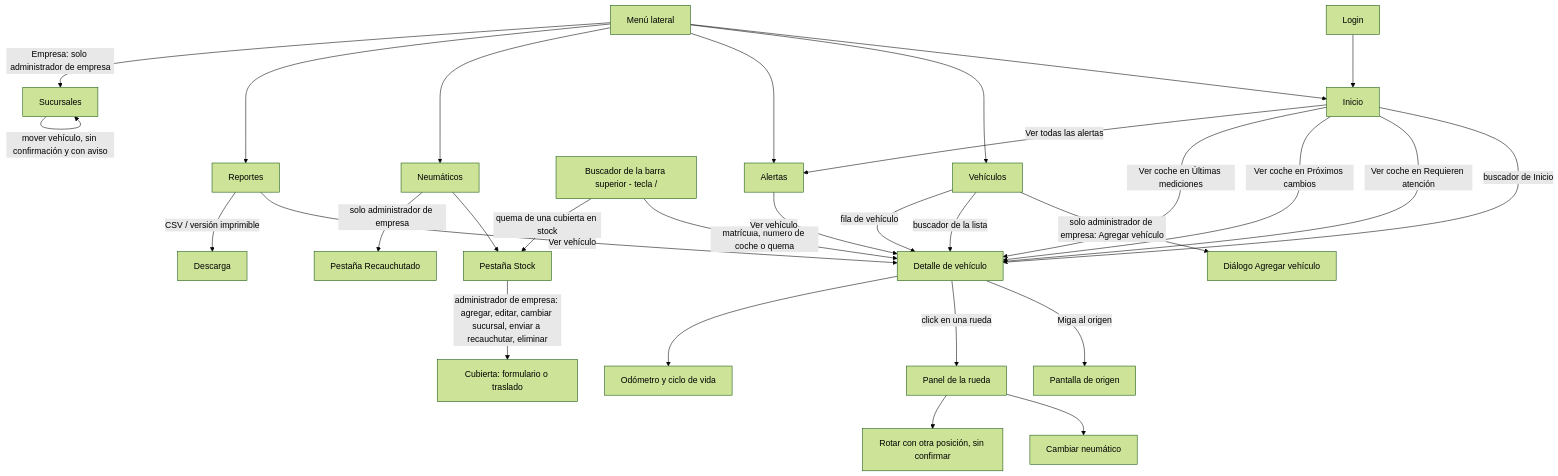
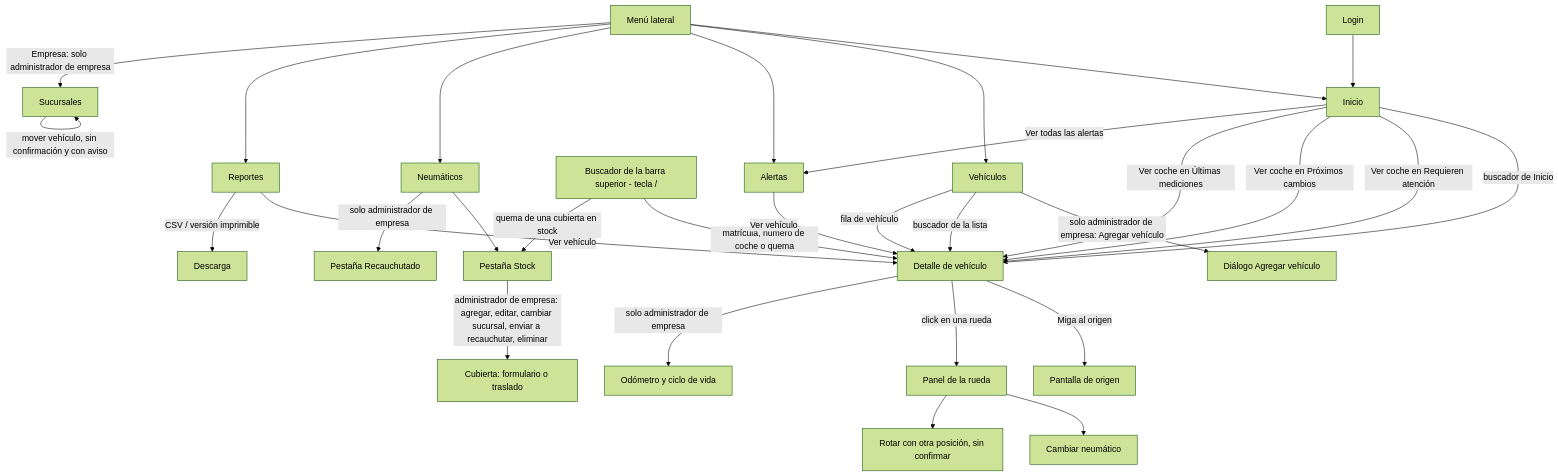
The first of 2 diagrams in docs/12-mapa-navegacion.md (EM-Organization/Neumet-Gestion), drawn with Mermaid (forest theme) before and after one commit. The commit also changed 3 other files, not shown here.

Commit message:
F10: docs al día del PR 146 y aserción de sucursal sin entrada al ciclo de vida

````diff
--- a/docs/12-mapa-navegacion.md
+++ b/docs/12-mapa-navegacion.md
@@ -30,33 +30,33 @@
 ```mermaid
 flowchart TD
   L[Login] --> I[Inicio]
   M[Menú lateral] --> I
   M --> V[Vehículos]
   M --> A[Alertas]
   M --> N[Neumáticos]
   N --> S[Pestaña Stock]
   N -->|solo administrador de empresa| RC[Pestaña Recauchutado]
   S -->|administrador de empresa: agregar, editar, cambiar sucursal, enviar a recauchutar, eliminar| SC[Cubierta: formulario o traslado]
   M --> R[Reportes]
   M -->|Empresa: solo administrador de empresa| SU[Sucursales]
   SU -->|crear, renombrar, eliminar| SU
   SU -->|mover vehículo, sin confirmación y con aviso| SU
   V -->|solo administrador de empresa: Agregar vehículo| VA[Diálogo Agregar vehículo]
   B[Buscador de la barra superior - tecla /] -->|matrícula, número de coche o quema| VD[Detalle de vehículo]
   B -->|quema de una cubierta en stock| S
   I -->|buscador de Inicio| VD
   I -->|Ver coche en Requieren atención| VD
   I -->|Ver coche en Próximos cambios| VD
   I -->|Ver coche en Últimas mediciones| VD
   I -->|Ver todas las alertas| A
   V -->|buscador de la lista| VD
   V -->|fila de vehículo| VD
   A -->|Ver vehículo| VD
   R -->|Ver vehículo| VD
   VD -->|Miga al origen| ORIGEN[Pantalla de origen]
   VD -->|click en una rueda| PR[Panel de la rueda]
   PR --> CN[Cambiar neumático]
   PR --> RO[Rotar con otra posición, sin confirmar]
-  VD --> OD[Odómetro y ciclo de vida]
+  VD -->|solo administrador de empresa| OD[Odómetro y ciclo de vida]
   R -->|CSV / versión imprimible| X[Descarga]
 ```
````
